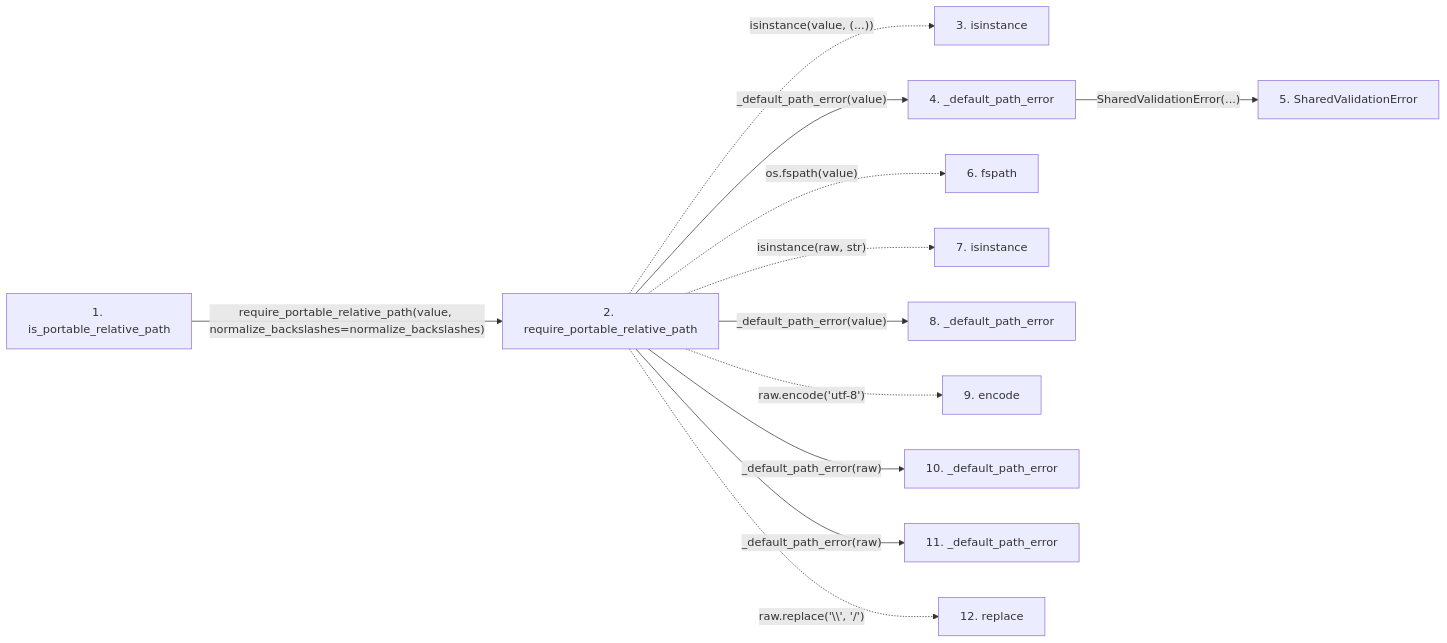
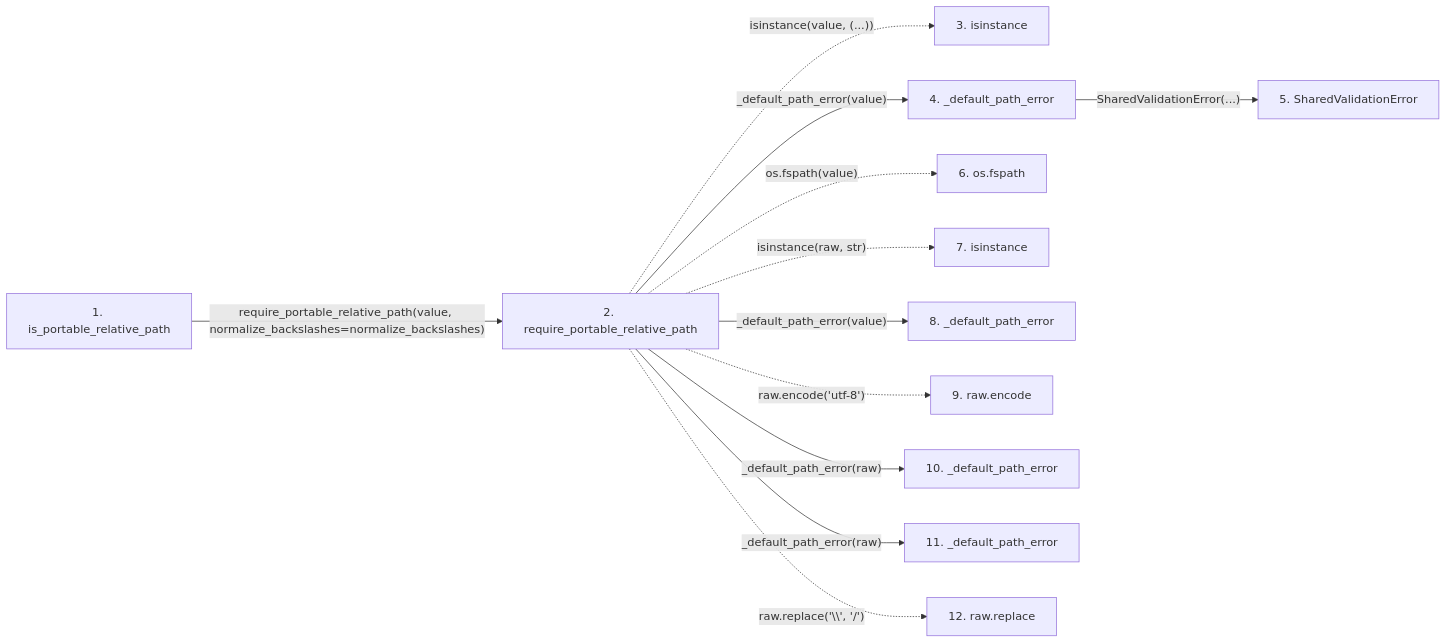
One commit to Denissvgn/python-wiki-llm changed the second of 2 diagrams in docs/llm_wiki/flows/api-is_portable_relative_path.md. Above: the diagram before and after it, drawn with Mermaid. The commit also changed other lines of this file and 719 other files, not shown here.

````diff
--- a/docs/llm_wiki/flows/api-is_portable_relative_path.md
+++ b/docs/llm_wiki/flows/api-is_portable_relative_path.md
@@ -68,33 +70,33 @@
 ```mermaid
 flowchart LR
     s1["1. is_portable_relative_path"]
     s2["2. require_portable_relative_path"]
     s3["3. isinstance"]
     s4["4. _default_path_error"]
     s5["5. SharedValidationError"]
-    s6["6. fspath"]
+    s6["6. os.fspath"]
     s7["7. isinstance"]
     s8["8. _default_path_error"]
-    s9["9. encode"]
+    s9["9. raw.encode"]
     s10["10. _default_path_error"]
     s11["11. _default_path_error"]
-    s12["12. replace"]
+    s12["12. raw.replace"]
     s1 -->|"require_portable_relative_path(value, normalize_backslashes=normalize_backslashes)"| s2
     s2 -. "isinstance(value, (...))" .-> s3
     s2 -->|"_default_path_error(value)"| s4
     s4 -->|"SharedValidationError(...)"| s5
     s2 -. "os.fspath(value)" .-> s6
     s2 -. "isinstance(raw, str)" .-> s7
     s2 -->|"_default_path_error(value)"| s8
     s2 -. "raw.encode('utf-8')" .-> s9
     s2 -->|"_default_path_error(raw)"| s10
     s2 -->|"_default_path_error(raw)"| s11
     s2 -. "raw.replace('\\', '/')" .-> s12
     click s1 "../modules/validation.md"
     click s2 "../modules/validation.md"
     click s4 "../modules/validation.md"
     click s5 "../modules/validation.md"
     click s8 "../modules/validation.md"
     click s10 "../modules/validation.md"
     click s11 "../modules/validation.md"
 ```
````
